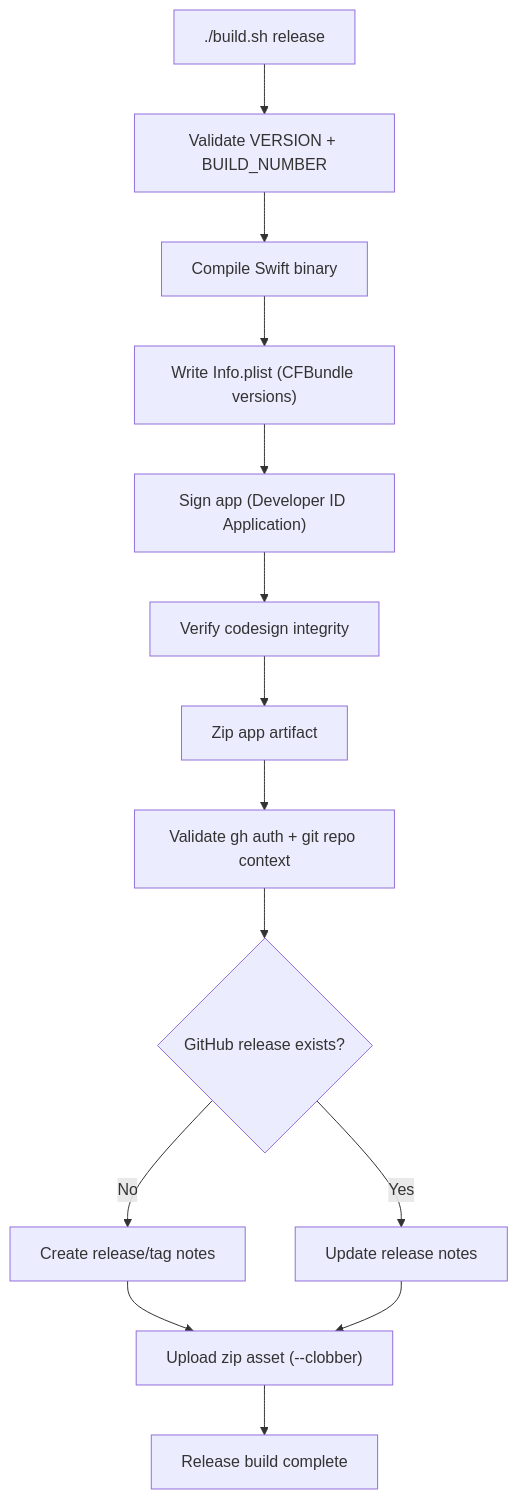
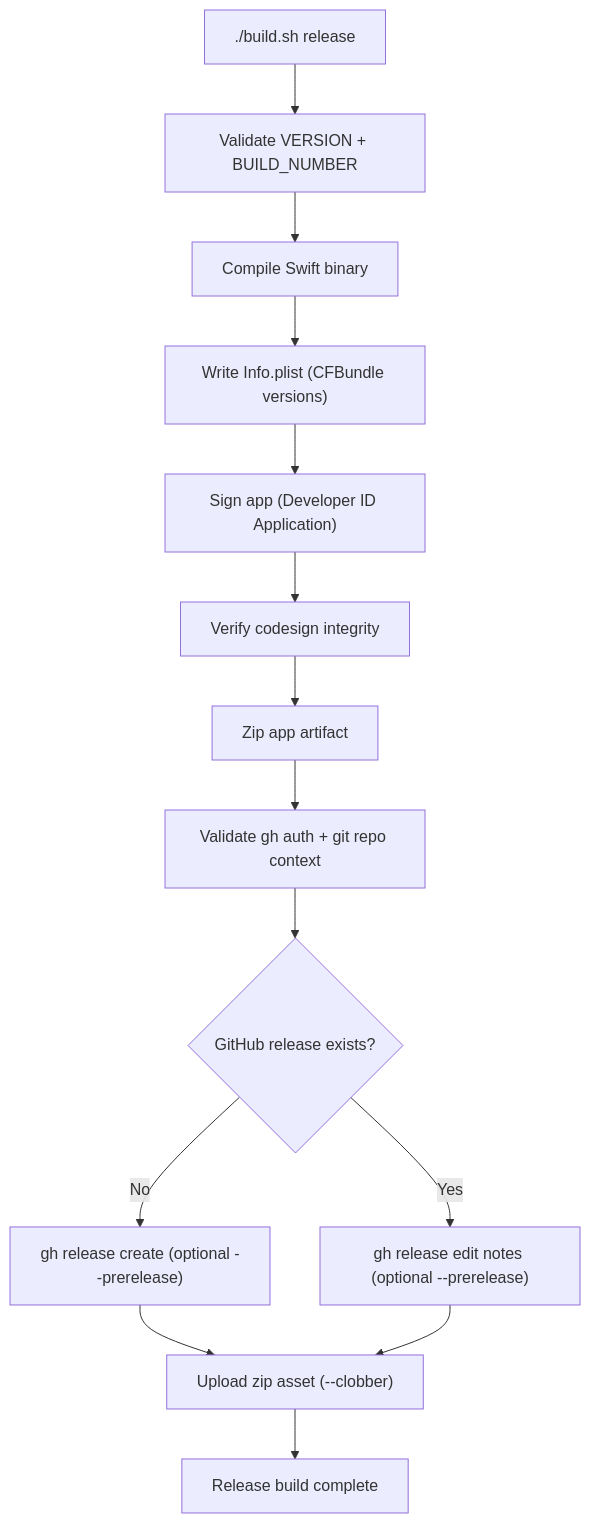
One commit to roto31/Media-Magic changed the sixth of 6 diagrams in README.md. Above: the diagram before and after it, drawn with Mermaid. The commit also changed other lines of this file and 16 other files, not shown here.

````diff
--- a/README.md
+++ b/README.md
@@ -158,16 +174,16 @@
 ```mermaid
 flowchart TD
     StartBuild["./build.sh release"] --> Validate["Validate VERSION + BUILD_NUMBER"]
     Validate --> Compile["Compile Swift binary"]
     Compile --> WritePlist["Write Info.plist (CFBundle versions)"]
     WritePlist --> SignApp["Sign app (Developer ID Application)"]
     SignApp --> VerifySign["Verify codesign integrity"]
     VerifySign --> Package["Zip app artifact"]
     Package --> EnsureGh["Validate gh auth + git repo context"]
     EnsureGh --> ReleaseExists{"GitHub release exists?"}
-    ReleaseExists -->|"No"| CreateRelease["Create release/tag notes"]
-    ReleaseExists -->|"Yes"| EditRelease["Update release notes"]
+    ReleaseExists -->|"No"| CreateRelease["gh release create (optional --prerelease)"]
+    ReleaseExists -->|"Yes"| EditRelease["gh release edit notes (optional --prerelease)"]
     CreateRelease --> UploadAsset["Upload zip asset (--clobber)"]
     EditRelease --> UploadAsset
     UploadAsset --> DoneBuild["Release build complete"]
 ```
````
